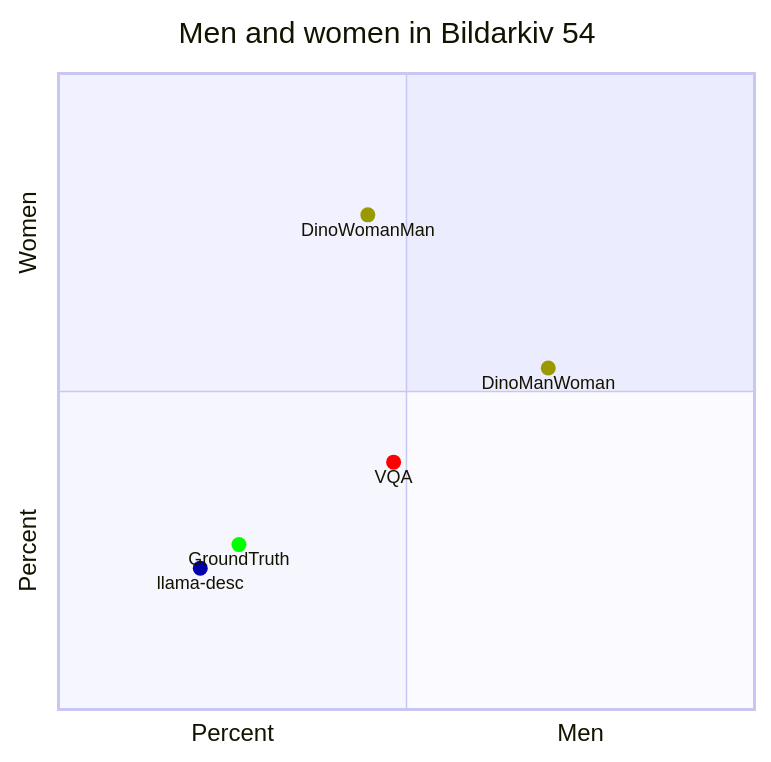
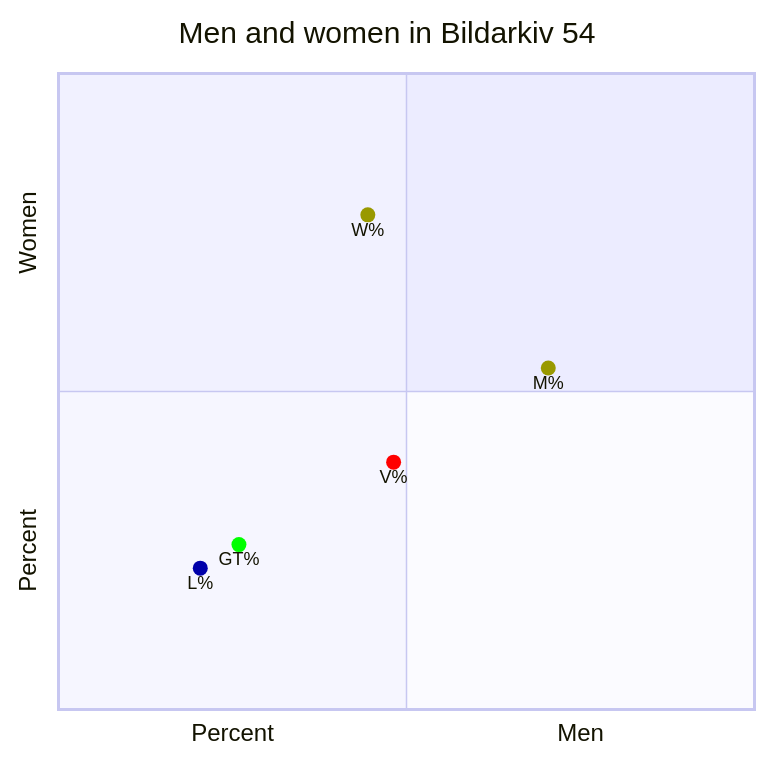
The tenth of 11 diagrams in browser/scatter.md (Modern36/tropes_1500), drawn with Mermaid before and after one commit. The commit also changed other lines of this file and 1 other file, not shown here.

````diff
--- a/browser/scatter.md
+++ b/browser/scatter.md
@@ -159,12 +156,12 @@
 ```mermaid
 quadrantChart
     title Men and women in Bildarkiv 54
     x-axis Percent --> Men
     y-axis Percent --> Women
-    DinoManWoman: [0.7037037037037037, 0.5370370370370371] color: #999900
-    DinoWomanMan: [0.4444444444444444, 0.7777777777777778] color: #999900
-    GroundTruth: [0.25925925925925924, 0.25925925925925924] color: #00FF00
-    VQA: [0.48148148148148145, 0.3888888888888889] color: #FF0000
-    llama-desc: [0.2037037037037037, 0.2222222222222222] color: #0000AA
+    M%: [0.7037037037037037, 0.5370370370370371] color: #999900
+    W%: [0.4444444444444444, 0.7777777777777778] color: #999900
+    GT%: [0.25925925925925924, 0.25925925925925924] color: #00FF00
+    V%: [0.48148148148148145, 0.3888888888888889] color: #FF0000
+    L%: [0.2037037037037037, 0.2222222222222222] color: #0000AA
 
 ```
````
